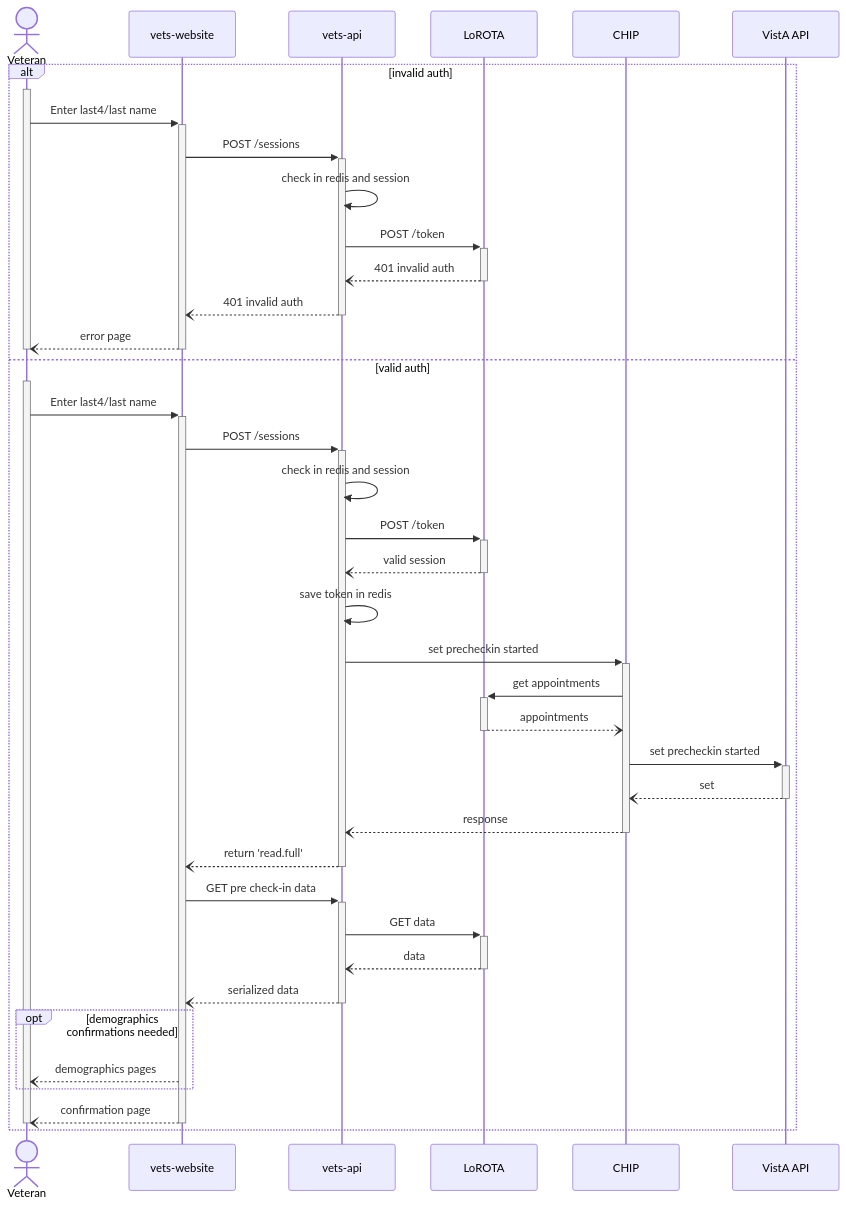
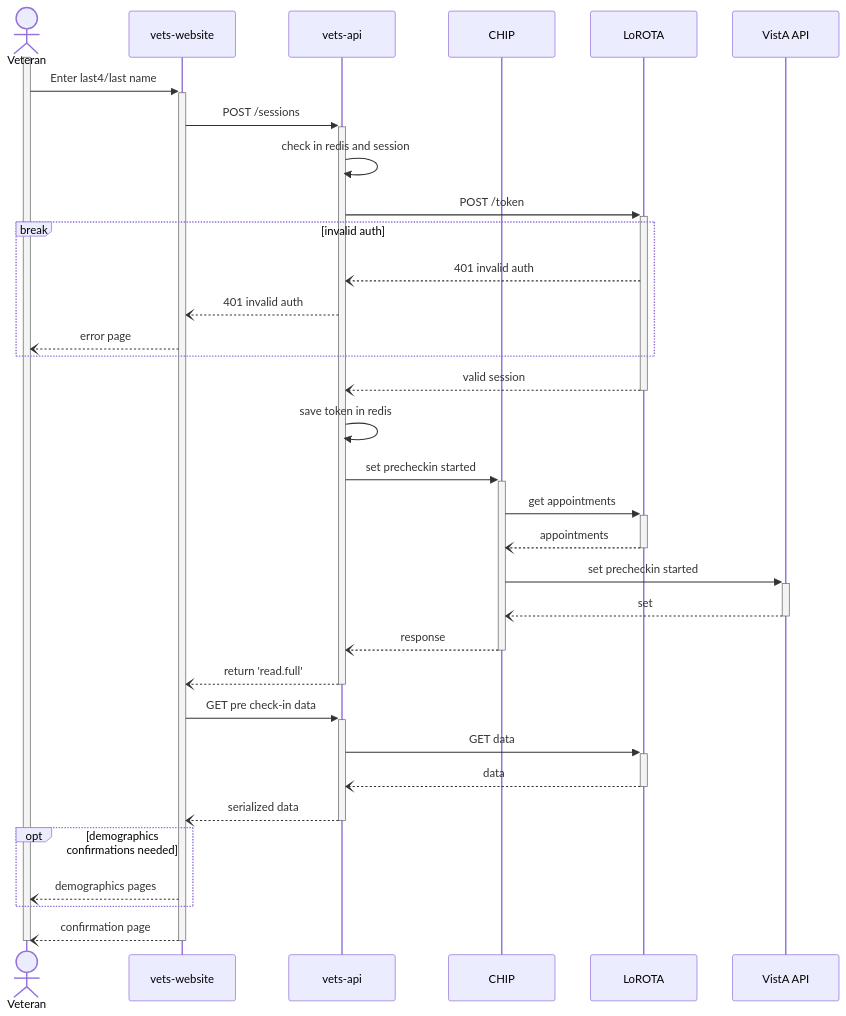
Before and after one commit to department-of-veterans-affairs/va.gov-team: the fifth of 6 diagrams in products/health-care/checkin/engineering/architecture-diagrams/sequenceDiagram_preCheckInExp.md, drawn with Mermaid.

````diff
--- a/products/health-care/checkin/engineering/architecture-diagrams/sequenceDiagram_preCheckInExp.md
+++ b/products/health-care/checkin/engineering/architecture-diagrams/sequenceDiagram_preCheckInExp.md
@@ -189,46 +189,46 @@
 ```mermaid
 sequenceDiagram
-    actor vet as Veteran
-    participant web as vets-website
-    participant api as vets-api
-    participant l as LoROTA
-    participant c as CHIP
-    participant va as VistA API
+  actor vet as Veteran
+  participant web as vets-website
+  participant api as vets-api
+  participant c as CHIP
+  participant l as LoROTA
+  participant va as VistA API
 
-    alt invalid auth
-        activate vet
-        vet->>+web: Enter last4/last name
-        web->>+api: POST /sessions
-        api->>api: check in redis and session
-        api->>+l: POST /token
-        l--)-api: 401 invalid auth
-        api--)-web: 401 invalid auth
-        web--)-vet: error page
-        deactivate vet
-    else valid auth
-        activate vet
-        vet->>+web: Enter last4/last name
-        web->>+api: POST /sessions
-        api->>api: check in redis and session
-        api->>+l: POST /token
-        l--)-api: valid session
-        api->>api: save token in redis
-        api->>+c: set precheckin started
-        c->>+l: get appointments
-        l--)-c: appointments
-        c->>+va: set precheckin started
-        va--)-c: set
-        c--)-api: response
-        api--)web: return 'read.full'
-        deactivate api
-        web->>+api: GET pre check-in data
-        api->>+l: GET data
-        l--)-api: data
-        api--)-web: serialized data
-        opt demographics confirmations needed
-            web--)vet: demographics pages
-        end
-        web--)-vet: confirmation page
-        deactivate vet
-    end
+  activate vet
+
+  vet->>+web: Enter last4/last name
+  web->>+api: POST /sessions
+  api->>api: check in redis and session
+  api->>+l: POST /token
+
+  break invalid auth
+   l--)api: 401 invalid auth
+   api--)web: 401 invalid auth
+   web--)vet: error page
+  end
+
+  l--)-api: valid session
+
+  api->>api: save token in redis
+  api->>+c: set precheckin started
+  c->>+l: get appointments
+  l--)-c: appointments
+  c->>+va: set precheckin started
+  va--)-c: set
+  c--)-api: response
+  api--)-web: return 'read.full'
+
+  web->>+api: GET pre check-in data
+  api->>+l: GET data
+  l--)-api: data
+  api--)-web: serialized data
+
+  opt demographics confirmations needed
+    web--)vet: demographics pages
+  end
+
+  web--)-vet: confirmation page
+
+  deactivate vet
 ```
````
